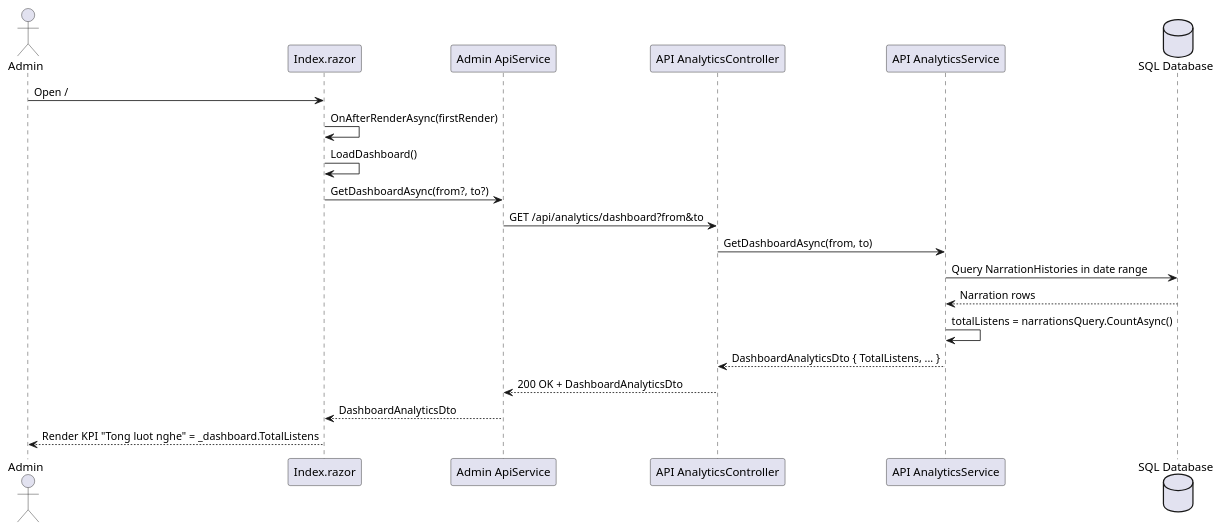
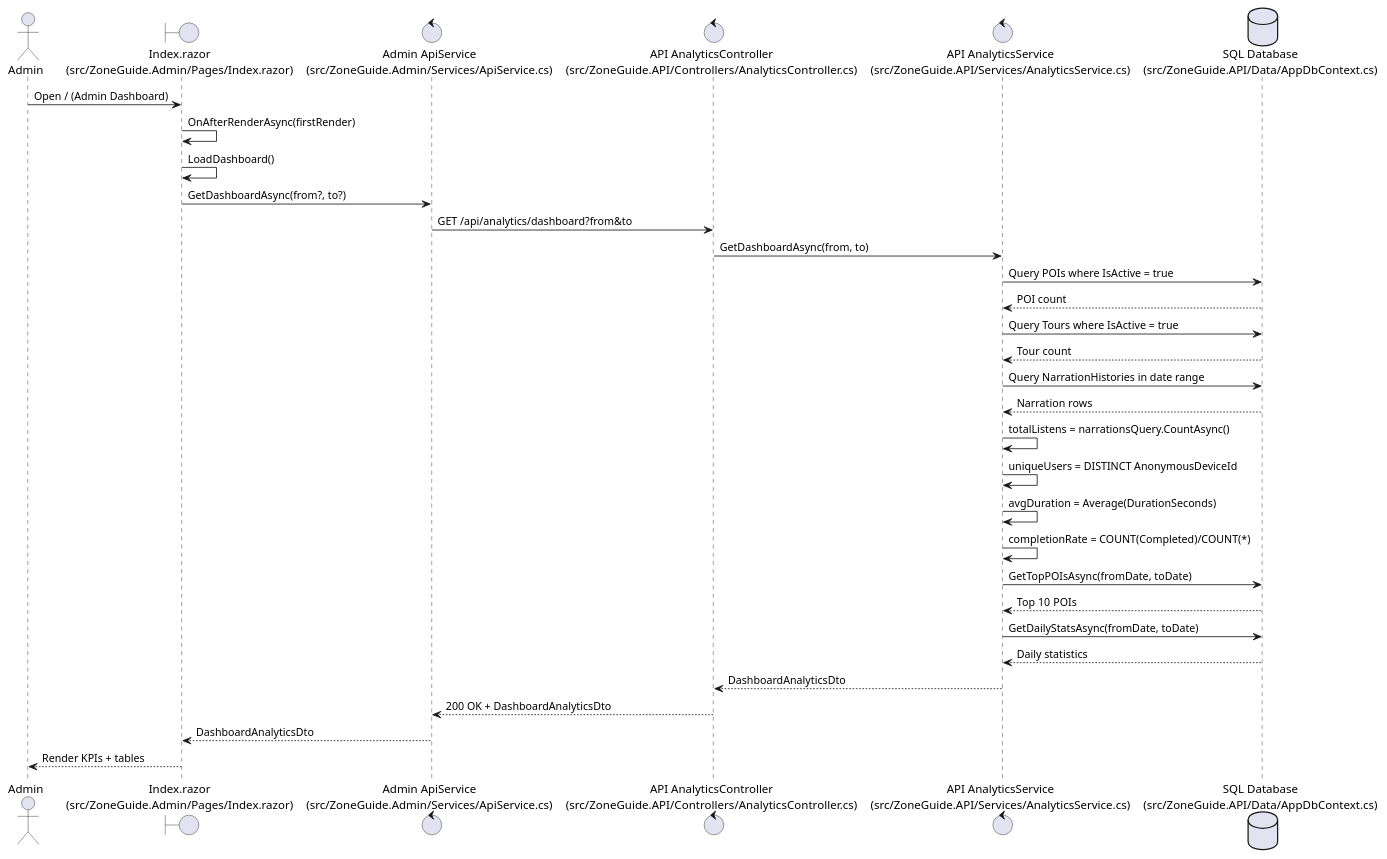
Before and after one commit to huobin1202/ZoneGuide: the sixth of 7 diagrams in docs/sequence_code_mapping_current.md, drawn with PlantUML. The commit also changed other lines of this file and 84 other files, not shown here.

````diff
--- a/docs/sequence_code_mapping_current.md
+++ b/docs/sequence_code_mapping_current.md
@@ -173,26 +350,39 @@
 ```plantuml
 @startuml
 actor Admin
-participant "Index.razor" as DashboardUI
-participant "Admin ApiService" as ApiService
-participant "API AnalyticsController" as AnalyticsApi
-participant "API AnalyticsService" as AnalyticsService
-database "SQL Database" as DB
+boundary "Index.razor\n(src/ZoneGuide.Admin/Pages/Index.razor)" as DashboardUI
+control "Admin ApiService\n(src/ZoneGuide.Admin/Services/ApiService.cs)" as ApiService
+control "API AnalyticsController\n(src/ZoneGuide.API/Controllers/AnalyticsController.cs)" as AnalyticsApi
+control "API AnalyticsService\n(src/ZoneGuide.API/Services/AnalyticsService.cs)" as AnalyticsService
+database "SQL Database\n(src/ZoneGuide.API/Data/AppDbContext.cs)" as DB
 
-Admin -> DashboardUI: Open /
+Admin -> DashboardUI: Open / (Admin Dashboard)
 DashboardUI -> DashboardUI: OnAfterRenderAsync(firstRender)
 DashboardUI -> DashboardUI: LoadDashboard()
 DashboardUI -> ApiService: GetDashboardAsync(from?, to?)
 ApiService -> AnalyticsApi: GET /api/analytics/dashboard?from&to
-
 AnalyticsApi -> AnalyticsService: GetDashboardAsync(from, to)
 
+AnalyticsService -> DB: Query POIs where IsActive = true
+DB --> AnalyticsService: POI count
+AnalyticsService -> DB: Query Tours where IsActive = true
+DB --> AnalyticsService: Tour count
 AnalyticsService -> DB: Query NarrationHistories in date range
 DB --> AnalyticsService: Narration rows
+
 AnalyticsService -> AnalyticsService: totalListens = narrationsQuery.CountAsync()
-AnalyticsService --> AnalyticsApi: DashboardAnalyticsDto { TotalListens, ... }
+AnalyticsService -> AnalyticsService: uniqueUsers = DISTINCT AnonymousDeviceId
+AnalyticsService -> AnalyticsService: avgDuration = Average(DurationSeconds)
+AnalyticsService -> AnalyticsService: completionRate = COUNT(Completed)/COUNT(*)
+
+AnalyticsService -> DB: GetTopPOIsAsync(fromDate, toDate)
+DB --> AnalyticsService: Top 10 POIs
+AnalyticsService -> DB: GetDailyStatsAsync(fromDate, toDate)
+DB --> AnalyticsService: Daily statistics
+
+AnalyticsService --> AnalyticsApi: DashboardAnalyticsDto
 AnalyticsApi --> ApiService: 200 OK + DashboardAnalyticsDto
 ApiService --> DashboardUI: DashboardAnalyticsDto
-DashboardUI --> Admin: Render KPI "Tong luot nghe" = _dashboard.TotalListens
+DashboardUI --> Admin: Render KPIs + tables
 @enduml
 ```
````
